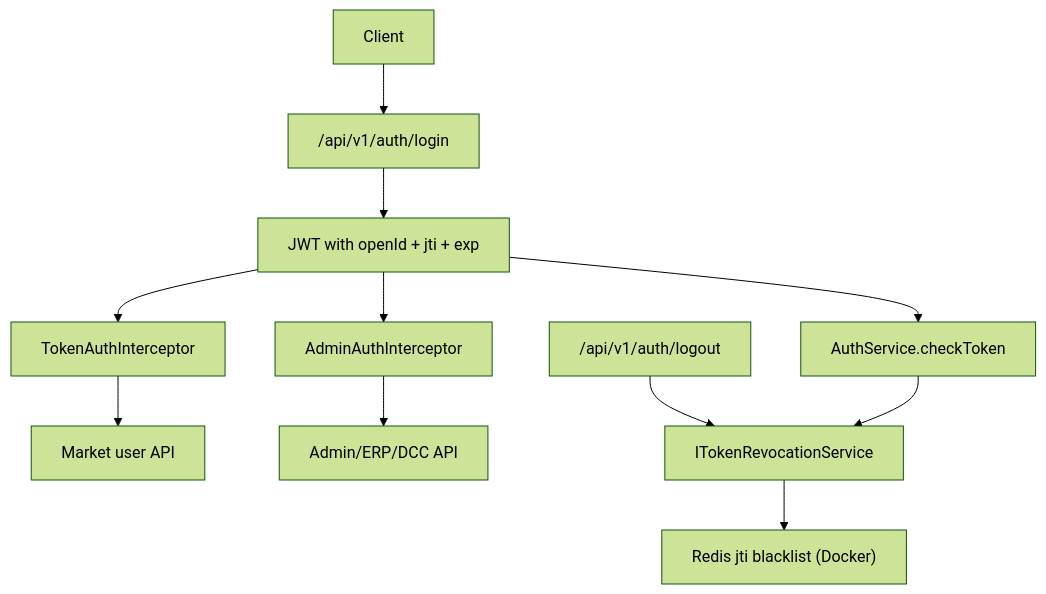
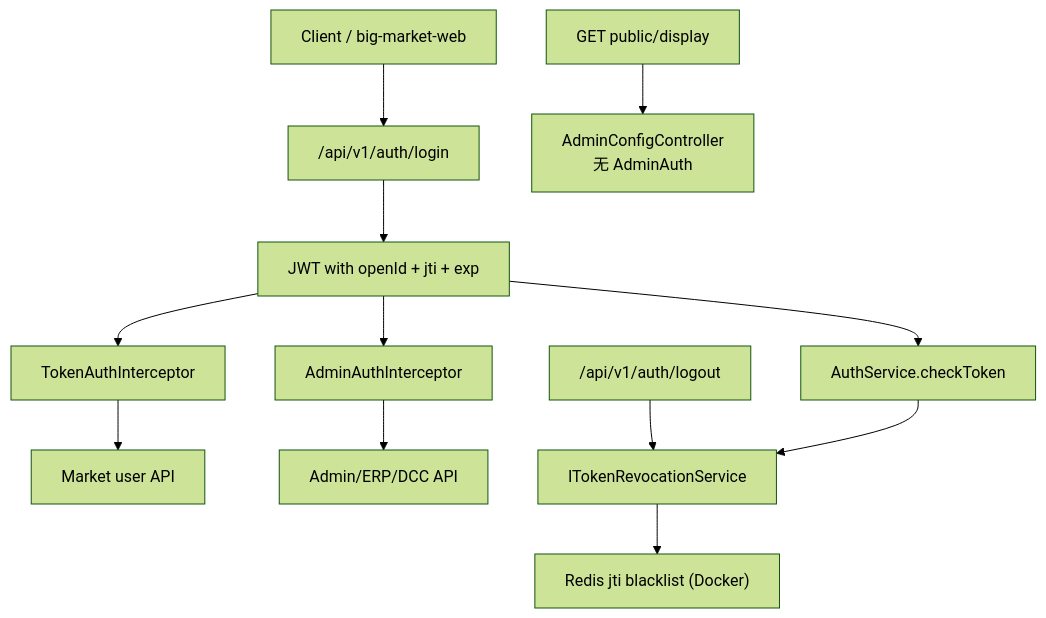
Before and after one commit to dyxnb22/big-market-ai-platform: the diagram in docs/learning/05-authentication-and-authorization.md, drawn with Mermaid (forest theme). The commit also changed other lines of this file and 20 other files, not shown here.

````diff
--- a/docs/learning/05-authentication-and-authorization.md
+++ b/docs/learning/05-authentication-and-authorization.md
@@ -75,13 +70,14 @@
 ```mermaid
 flowchart TD
-    Client["Client"] --> Login["/api/v1/auth/login"]
+    Client["Client / big-market-web"] --> Login["/api/v1/auth/login"]
     Login --> Token["JWT with openId + jti + exp"]
     Token --> UserApi["TokenAuthInterceptor"]
     Token --> AdminApi["AdminAuthInterceptor"]
     UserApi --> Market["Market user API"]
     AdminApi --> Admin["Admin/ERP/DCC API"]
+    WebPublic["GET public/display"] --> AdminPublic["AdminConfigController\n无 AdminAuth"]
     Logout["/api/v1/auth/logout"] --> Revocation["ITokenRevocationService"]
     Revocation --> Redis["Redis jti blacklist (Docker)"]
     Token --> CheckRevoked["AuthService.checkToken"]
     CheckRevoked --> Revocation
 ```
````
